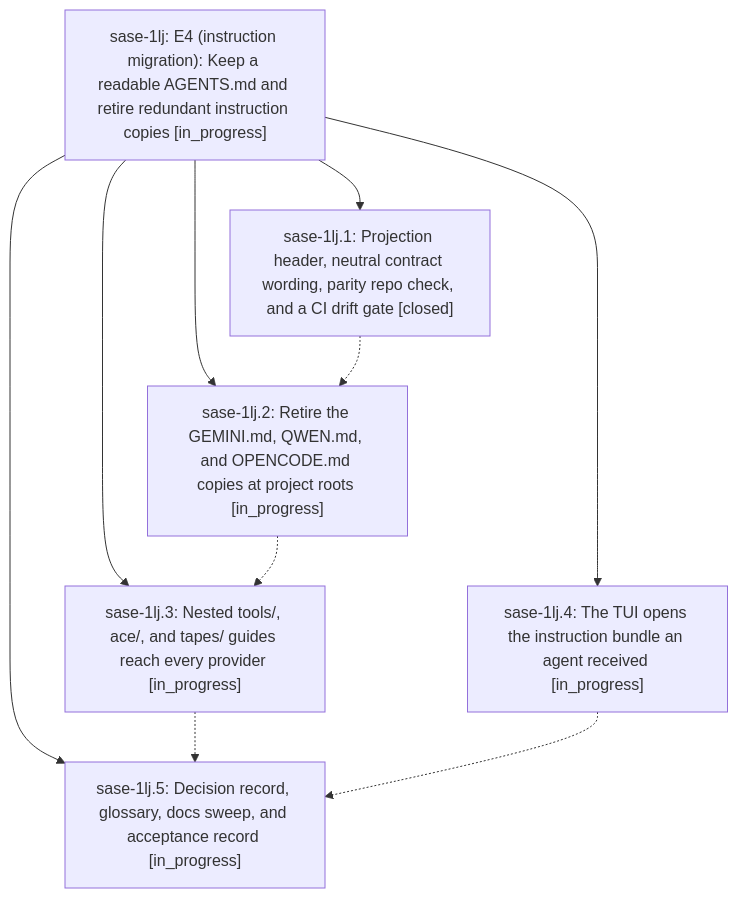
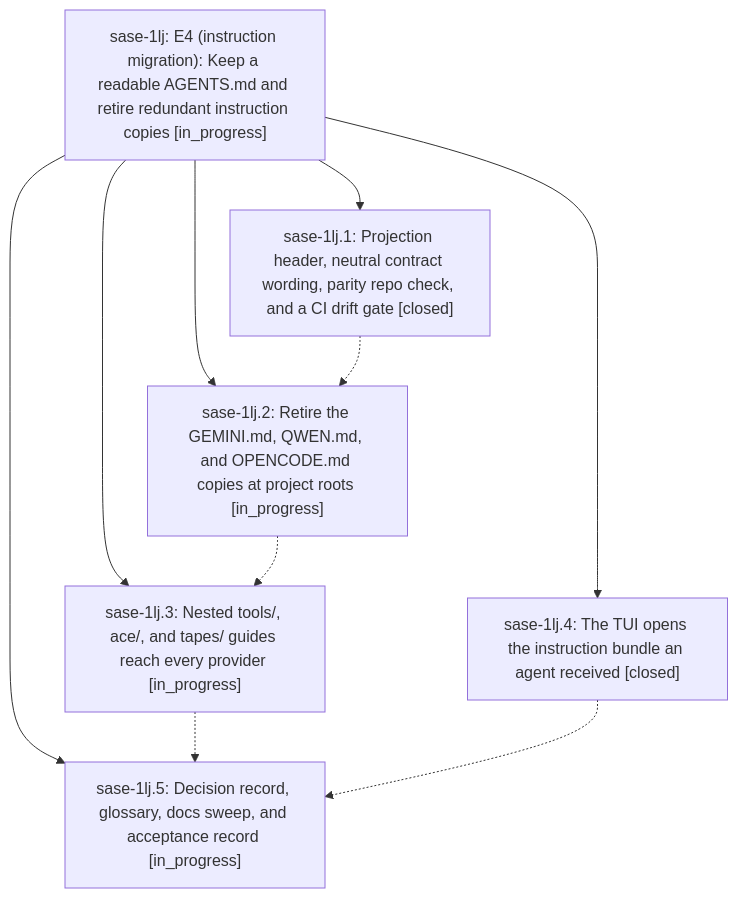
One commit to sase-org/sase--beads changed the diagram in pages/sase-1lj/README.md. Above: the diagram before and after it, drawn with Mermaid. The commit also changed other lines of this file and 3 other files, not shown here.

````diff
--- a/pages/sase-1lj/README.md
+++ b/pages/sase-1lj/README.md
@@ -38,18 +40,18 @@
 ```mermaid
 flowchart TD
     n0["sase-1lj: E4 (instruction migration): Keep a readable AGENTS.md and retire redundant instruction copies [in_progress]"]
     n1["sase-1lj.1: Projection header, neutral contract wording, parity repo check, and a CI drift gate [closed]"]
     n2["sase-1lj.2: Retire the GEMINI.md, QWEN.md, and OPENCODE.md copies at project roots [in_progress]"]
     n3["sase-1lj.3: Nested tools/, ace/, and tapes/ guides reach every provider [in_progress]"]
-    n4["sase-1lj.4: The TUI opens the instruction bundle an agent received [in_progress]"]
+    n4["sase-1lj.4: The TUI opens the instruction bundle an agent received [closed]"]
     n5["sase-1lj.5: Decision record, glossary, docs sweep, and acceptance record [in_progress]"]
     n0 --> n1
     n0 --> n2
     n0 --> n3
     n0 --> n4
     n0 --> n5
     n1 -.-> n2
     n2 -.-> n3
     n3 -.-> n5
     n4 -.-> n5
 ```
````
